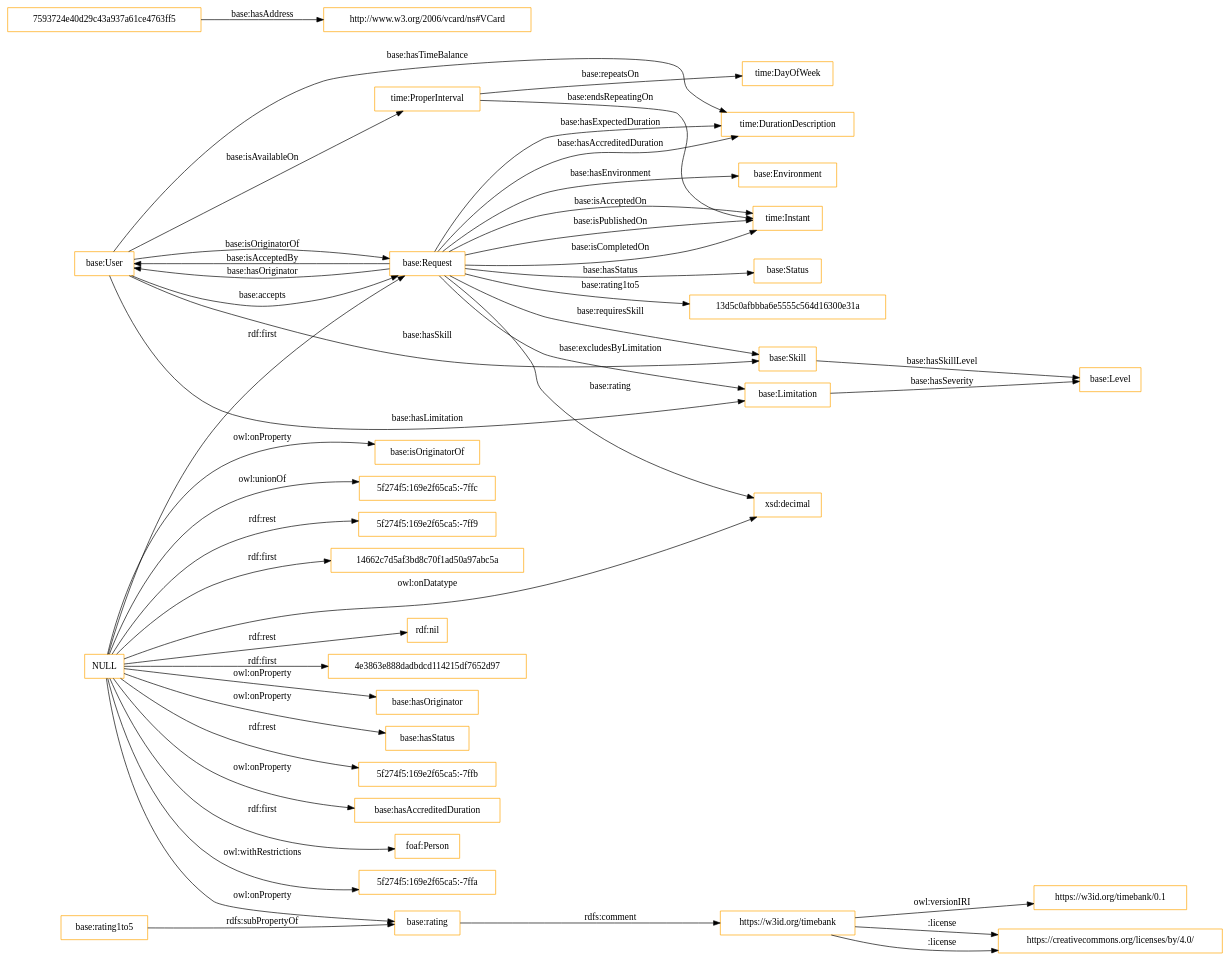
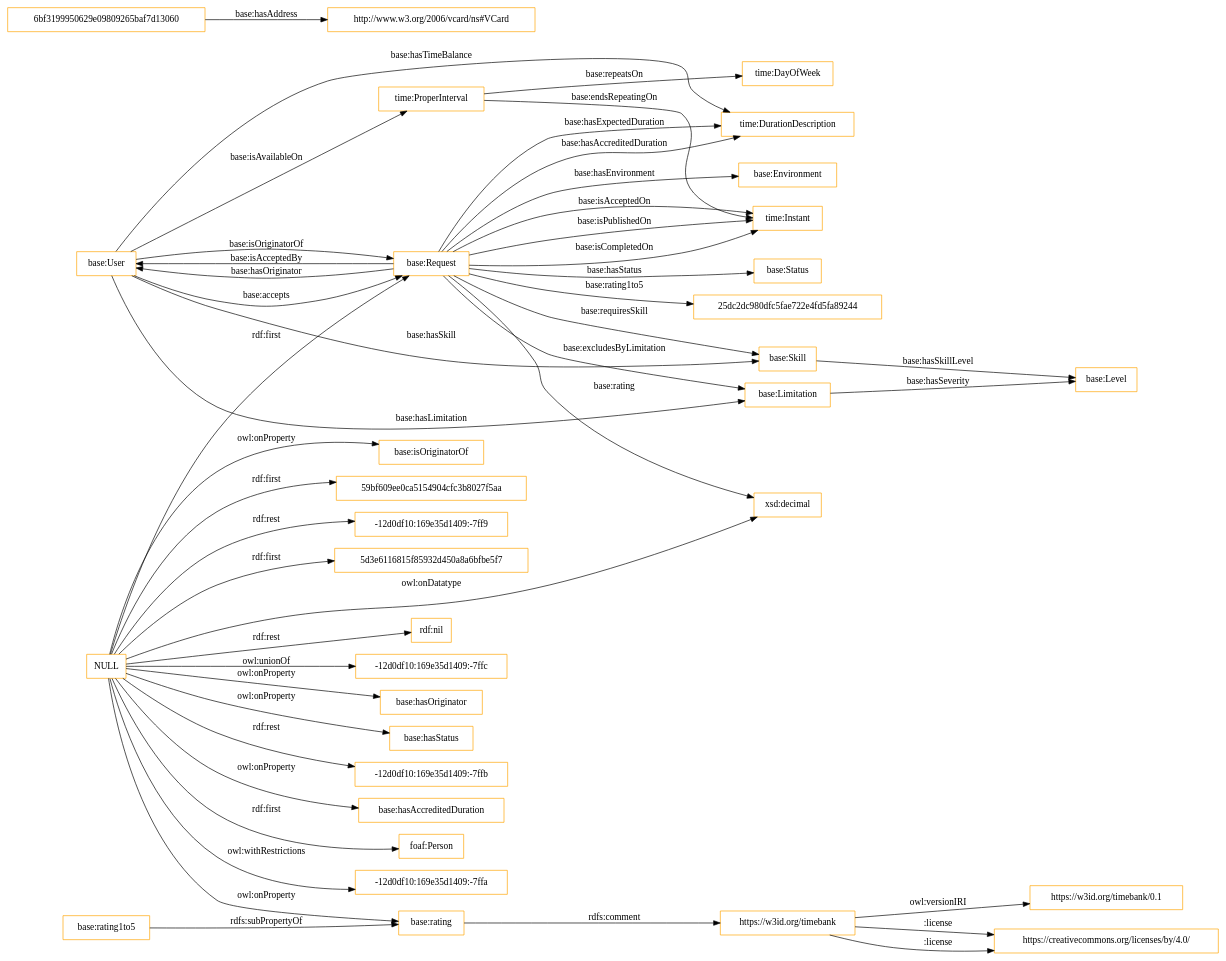
One commit to tobiasgrubenmann/Timebank changed the diagram in OnToology/timebank.owl/diagrams/ar2dtool-class/timebank.owl.png.dot. Above: the diagram before and after it, drawn with Graphviz. The commit also changed 3 other files, not shown here.

```diff
--- a/OnToology/timebank.owl/diagrams/ar2dtool-class/timebank.owl.png.dot
+++ b/OnToology/timebank.owl/diagrams/ar2dtool-class/timebank.owl.png.dot
@@ -1,50 +1,50 @@
 digraph ar2dtool_diagram { 
 rankdir=LR;
 size="1501"
-node [shape = rectangle, color="orange"]; "time:Instant" "time:DayOfWeek" "time:ProperInterval" "7593724e40d29c43a937a61ce4763ff5" "base:Level" "foaf:Person" "base:Limitation" "base:User" "base:Environment" "time:DurationDescription" "base:Status" "http://www.w3.org/2006/vcard/ns#VCard" "base:Request" "base:Skill" ; /*classes style*/
-	"NULL" -> "5f274f5:169e2f65ca5:-7ffa" [ label = "owl:withRestrictions" ];
+node [shape = rectangle, color="orange"]; "time:Instant" "time:DayOfWeek" "time:ProperInterval" "base:Level" "foaf:Person" "base:Limitation" "base:User" "base:Environment" "time:DurationDescription" "base:Status" "6bf3199950629e09809265baf7d13060" "http://www.w3.org/2006/vcard/ns#VCard" "base:Request" "base:Skill" ; /*classes style*/
+	"NULL" -> "-12d0df10:169e35d1409:-7ffa" [ label = "owl:withRestrictions" ];
 	"NULL" -> "base:isOriginatorOf" [ label = "owl:onProperty" ];
 	"NULL" -> "foaf:Person" [ label = "rdf:first" ];
-	"NULL" -> "5f274f5:169e2f65ca5:-7ffc" [ label = "owl:unionOf" ];
-	"NULL" -> "5f274f5:169e2f65ca5:-7ff9" [ label = "rdf:rest" ];
-	"NULL" -> "14662c7d5af3bd8c70f1ad50a97abc5a" [ label = "rdf:first" ];
+	"NULL" -> "59bf609ee0ca5154904cfc3b8027f5aa" [ label = "rdf:first" ];
+	"NULL" -> "-12d0df10:169e35d1409:-7ff9" [ label = "rdf:rest" ];
+	"NULL" -> "5d3e6116815f85932d450a8a6bfbe5f7" [ label = "rdf:first" ];
 	"NULL" -> "rdf:nil" [ label = "rdf:rest" ];
-	"NULL" -> "4e3863e888dadbdcd114215df7652d97" [ label = "rdf:first" ];
 	"NULL" -> "base:Request" [ label = "rdf:first" ];
+	"NULL" -> "-12d0df10:169e35d1409:-7ffc" [ label = "owl:unionOf" ];
 	"NULL" -> "base:hasOriginator" [ label = "owl:onProperty" ];
 	"NULL" -> "xsd:decimal" [ label = "owl:onDatatype" ];
 	"NULL" -> "base:hasStatus" [ label = "owl:onProperty" ];
 	"NULL" -> "base:rating" [ label = "owl:onProperty" ];
-	"NULL" -> "5f274f5:169e2f65ca5:-7ffb" [ label = "rdf:rest" ];
+	"NULL" -> "-12d0df10:169e35d1409:-7ffb" [ label = "rdf:rest" ];
 	"NULL" -> "base:hasAccreditedDuration" [ label = "owl:onProperty" ];
 	"base:rating" -> "https://w3id.org/timebank" [ label = "rdfs:comment" ];
 	"https://w3id.org/timebank" -> "https://creativecommons.org/licenses/by/4.0/" [ label = ":license" ];
 	"https://w3id.org/timebank" -> "https://w3id.org/timebank/0.1" [ label = "owl:versionIRI" ];
 	"https://w3id.org/timebank" -> "https://creativecommons.org/licenses/by/4.0/" [ label = ":license" ];
 	"base:rating1to5" -> "base:rating" [ label = "rdfs:subPropertyOf" ];
 	"time:ProperInterval" -> "time:Instant" [ label = "base:endsRepeatingOn" ];
 	"base:Limitation" -> "base:Level" [ label = "base:hasSeverity" ];
 	"base:Request" -> "time:Instant" [ label = "base:isPublishedOn" ];
 	"base:Request" -> "base:User" [ label = "base:isAcceptedBy" ];
 	"base:Request" -> "base:Environment" [ label = "base:hasEnvironment" ];
 	"base:Request" -> "base:Status" [ label = "base:hasStatus" ];
 	"base:Request" -> "time:Instant" [ label = "base:isCompletedOn" ];
 	"base:Request" -> "xsd:decimal" [ label = "base:rating" ];
 	"base:Request" -> "base:Limitation" [ label = "base:excludesByLimitation" ];
 	"base:User" -> "base:Skill" [ label = "base:hasSkill" ];
 	"time:ProperInterval" -> "time:DayOfWeek" [ label = "base:repeatsOn" ];
 	"base:Request" -> "time:Instant" [ label = "base:isAcceptedOn" ];
 	"base:Request" -> "time:DurationDescription" [ label = "base:hasAccreditedDuration" ];
 	"base:User" -> "base:Request" [ label = "base:accepts" ];
 	"base:User" -> "time:ProperInterval" [ label = "base:isAvailableOn" ];
 	"base:Request" -> "time:DurationDescription" [ label = "base:hasExpectedDuration" ];
 	"base:User" -> "base:Limitation" [ label = "base:hasLimitation" ];
 	"base:User" -> "time:DurationDescription" [ label = "base:hasTimeBalance" ];
 	"base:User" -> "base:Request" [ label = "base:isOriginatorOf" ];
-	"7593724e40d29c43a937a61ce4763ff5" -> "http://www.w3.org/2006/vcard/ns#VCard" [ label = "base:hasAddress" ];
+	"6bf3199950629e09809265baf7d13060" -> "http://www.w3.org/2006/vcard/ns#VCard" [ label = "base:hasAddress" ];
 	"base:Skill" -> "base:Level" [ label = "base:hasSkillLevel" ];
 	"base:Request" -> "base:Skill" [ label = "base:requiresSkill" ];
 	"base:Request" -> "base:User" [ label = "base:hasOriginator" ];
-	"base:Request" -> "13d5c0afbbba6e5555c564d16300e31a" [ label = "base:rating1to5" ];
+	"base:Request" -> "25dc2dc980dfc5fae722e4fd5fa89244" [ label = "base:rating1to5" ];
 
 }
```
